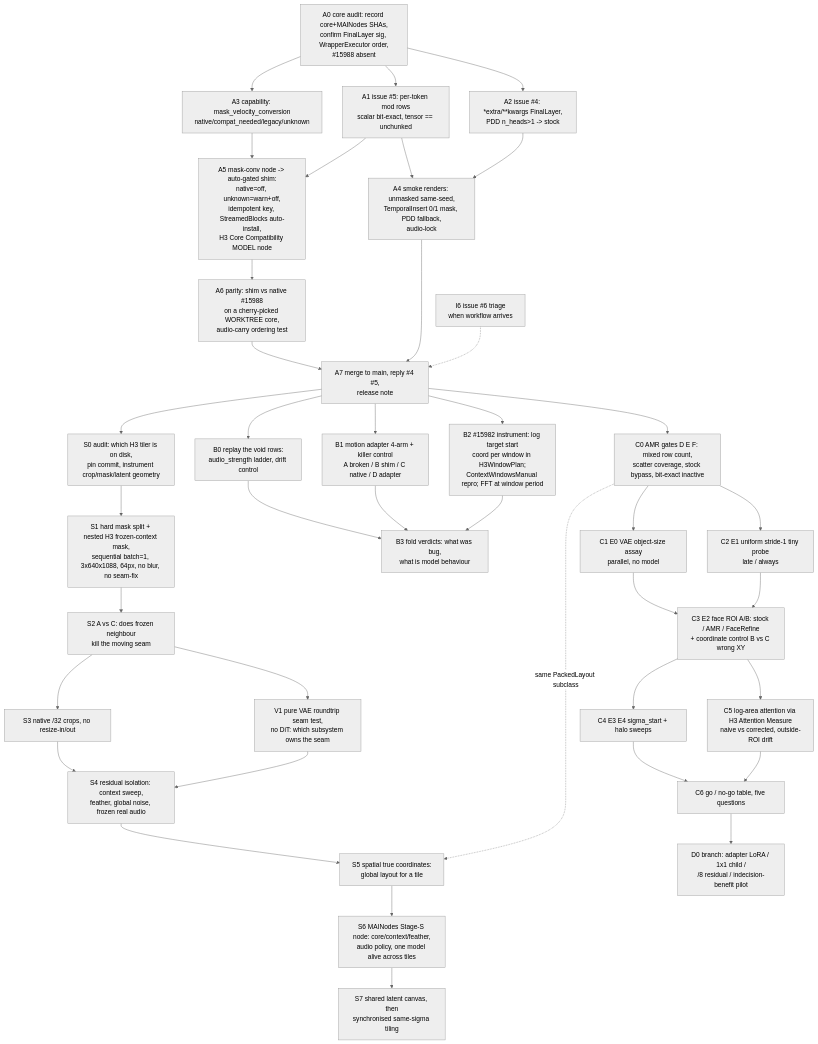
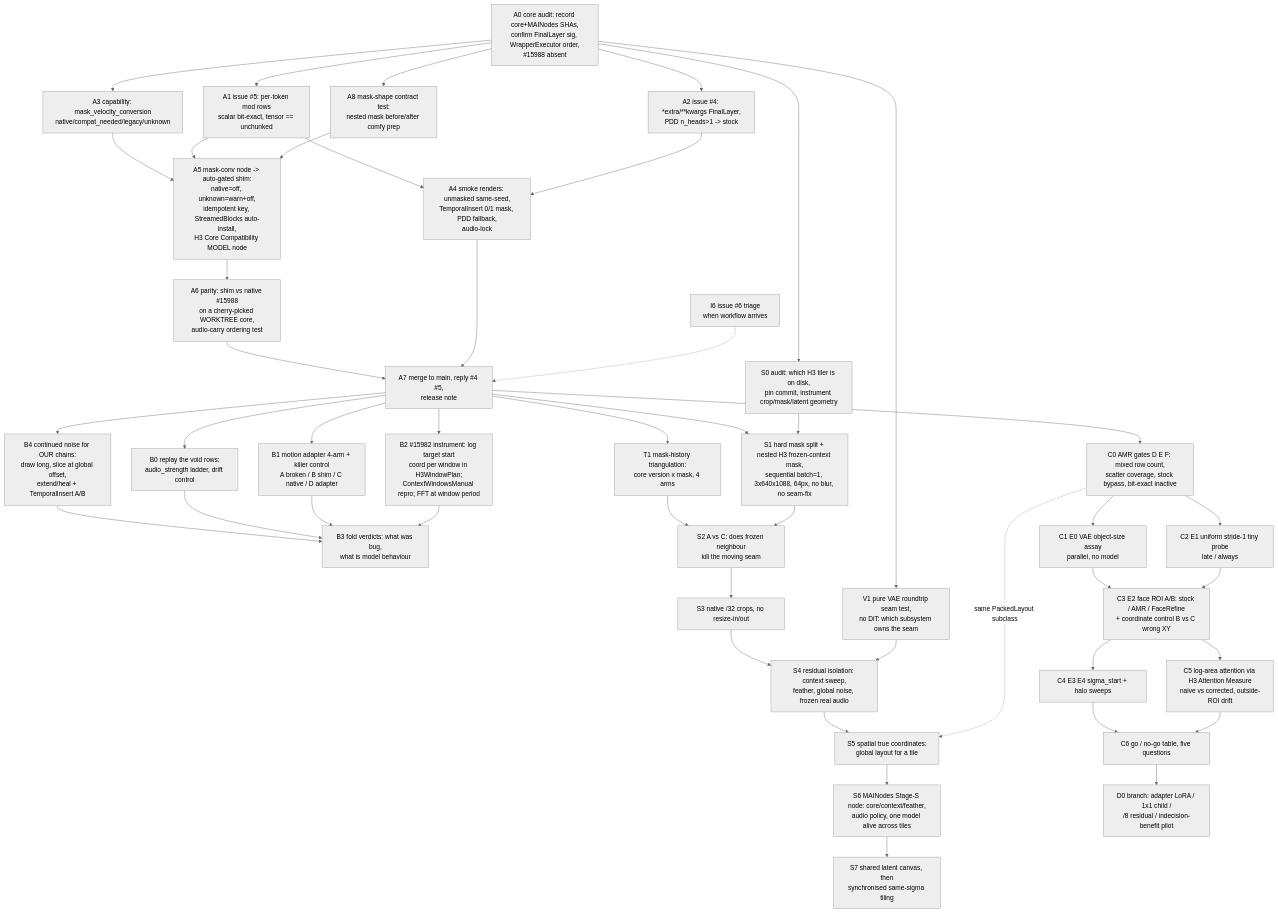
Before and after one commit to matlowai/ComfyUI-MAINodes: the diagram in docs/roadmaps/H3_CORE_COMPAT_TO_SPATIAL_AMR_DAG_2026-09-04.md, drawn with Mermaid (neutral theme). The commit also changed other lines of this file, not shown here.

````diff
--- a/docs/roadmaps/H3_CORE_COMPAT_TO_SPATIAL_AMR_DAG_2026-09-04.md
+++ b/docs/roadmaps/H3_CORE_COMPAT_TO_SPATIAL_AMR_DAG_2026-09-04.md
@@ -41,52 +44,63 @@
 ```mermaid
 graph TD
   A0[A0 core audit: record core+MAINodes SHAs,\nconfirm FinalLayer sig, WrapperExecutor order,\n#15988 absent] --> A1
   A0 --> A2
   A0 --> A3
   A1[A1 issue #5: per-token mod rows\nscalar bit-exact, tensor == unchunked] --> A4
   A2[A2 issue #4: *extra/**kwargs FinalLayer,\nPDD n_heads>1 -> stock] --> A4
   A3[A3 capability: mask_velocity_conversion\nnative/compat_needed/legacy/unknown] --> A5
   A5[A5 mask-conv node -> auto-gated shim:\nnative=off, unknown=warn+off,\nidempotent key, StreamedBlocks auto-install,\nH3 Core Compatibility MODEL node] --> A6
   A1 --> A5
   A6[A6 parity: shim vs native #15988\non a cherry-picked WORKTREE core,\naudio-carry ordering test] --> A7
   A4[A4 smoke renders: unmasked same-seed,\nTemporalInsert 0/1 mask, PDD fallback,\naudio-lock] --> A7
   A7[A7 merge to main, reply #4 #5,\nrelease note] --> B0
   A7 --> B1
   A7 --> B2
   A7 --> C0
-  A7 --> S0
+  A0 --> S0
+  A0 --> V1
+  A7 --> S1
+  A8[A8 mask-shape contract test:
+nested mask before/after comfy prep] --> A5
+  A0 --> A8
+  A7 --> B4
+  B4[B4 continued noise for OUR chains:
+draw long, slice at global offset,
+extend/heal + TemporalInsert A/B] --> B3
   S0[S0 audit: which H3 tiler is on disk,
 pin commit, instrument crop/mask/latent geometry] --> S1
+  T1[T1 mask-history triangulation:
+core version x mask, 4 arms] --> S2
+  A7 --> T1
   S1[S1 hard mask split + nested H3 frozen-context mask,
 sequential batch=1, 3x640x1088, 64px, no blur, no seam-fix] --> S2
   S2[S2 A vs C: does frozen neighbour
 kill the moving seam] --> S3
-  S2 --> V1
   S3[S3 native /32 crops, no resize-in/out] --> S4
   V1[V1 pure VAE roundtrip seam test,
 no DiT: which subsystem owns the seam] --> S4
   S4[S4 residual isolation: context sweep,
 feather, global noise, frozen real audio] --> S5
   S5[S5 spatial true coordinates:
 global layout for a tile] --> S6
   C0 -. same PackedLayout subclass .-> S5
   S6[S6 MAINodes Stage-S node: core/context/feather,
 audio policy, one model alive across tiles] --> S7
   S7[S7 shared latent canvas, then
 synchronised same-sigma tiling]
   B0[B0 replay the void rows:\naudio_strength ladder, drift control] --> B3
   B1[B1 motion adapter 4-arm + killer control\nA broken / B shim / C native / D adapter] --> B3
   B2[B2 #15982 instrument: log target start\ncoord per window in H3WindowPlan;\nContextWindowsManual repro; FFT at window period] --> B3
   B3[B3 fold verdicts: what was bug,\nwhat is model behaviour]
   I6[I6 issue #6 triage\nwhen workflow arrives] -.-> A7
   C0[C0 AMR gates D E F: mixed row count,\nscatter coverage, stock bypass, bit-exact inactive] --> C1
   C1[C1 E0 VAE object-size assay\nparallel, no model] --> C3
   C0 --> C2
   C2[C2 E1 uniform stride-1 tiny probe\nlate / always] --> C3
   C3[C3 E2 face ROI A/B: stock / AMR / FaceRefine\n+ coordinate control B vs C wrong XY] --> C4
   C3 --> C5
   C4[C4 E3 E4 sigma_start + halo sweeps] --> C6
   C5[C5 log-area attention via H3 Attention Measure\nnaive vs corrected, outside-ROI drift] --> C6
   C6[C6 go / no-go table, five questions] --> D0
   D0[D0 branch: adapter LoRA / 1x1 child /\n/8 residual / indecision-benefit pilot]
 ```
````
